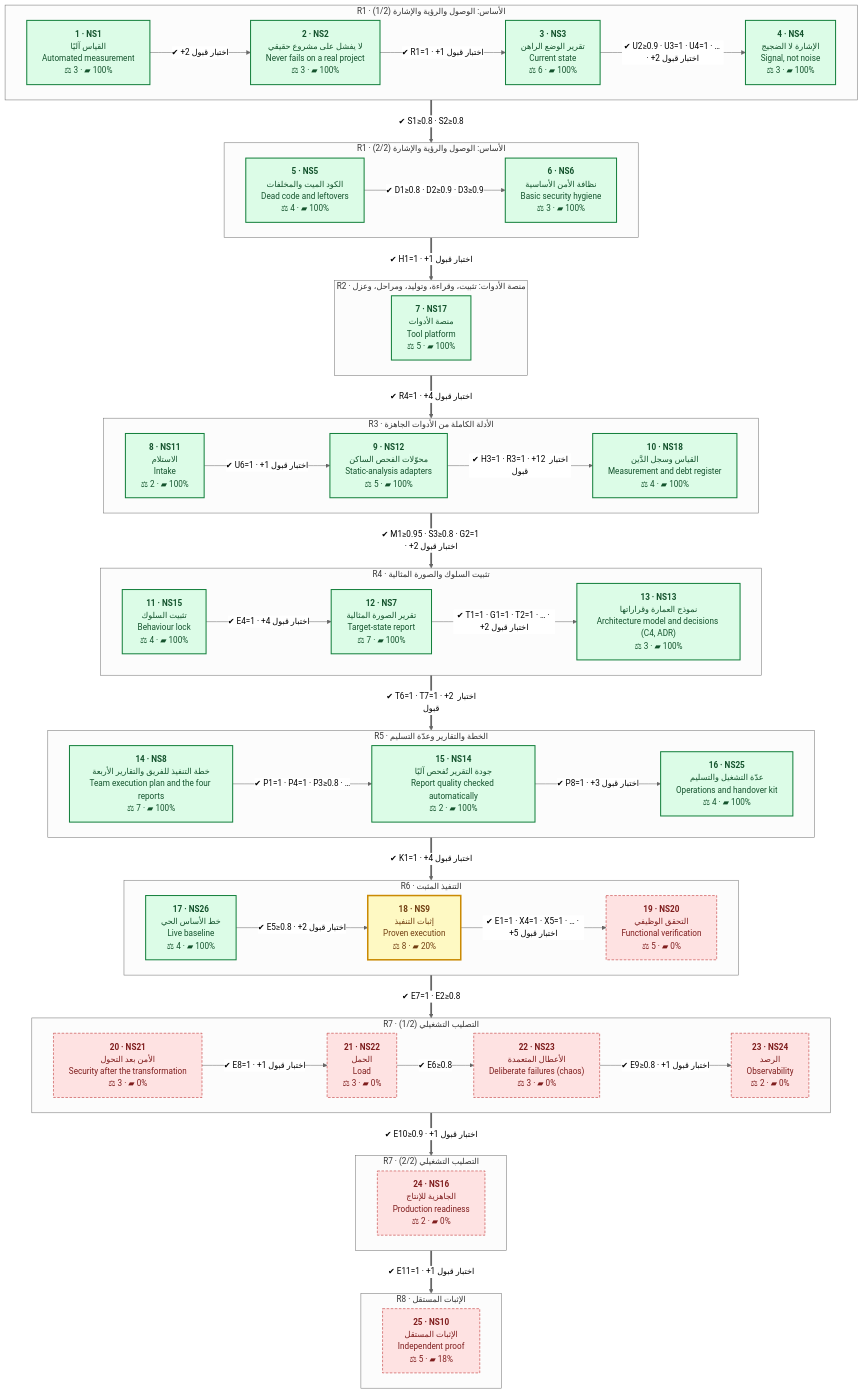
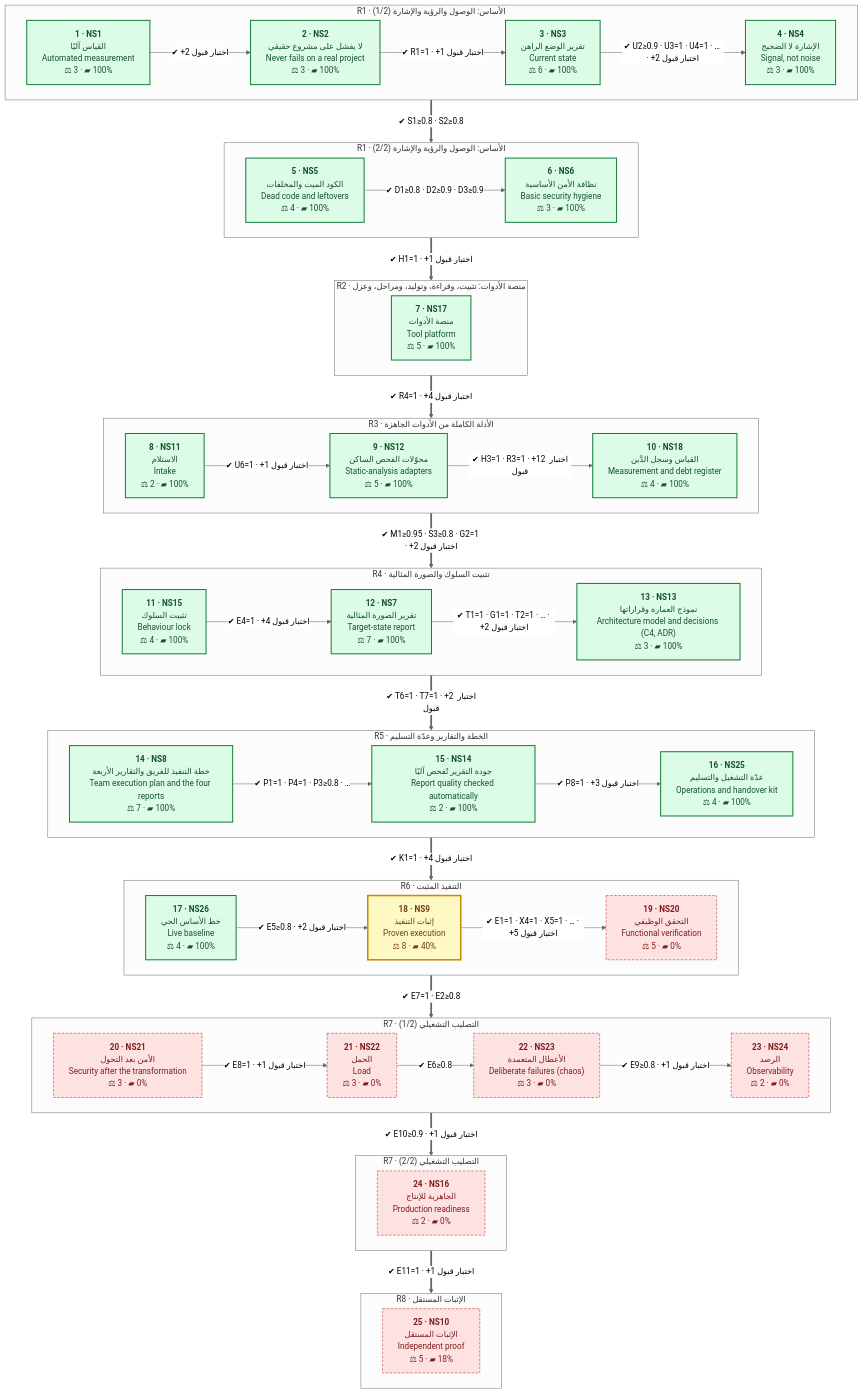
One commit to eom1417/engineering-audit-os changed the second of 2 diagrams in README.md. Above: the diagram before and after it, drawn with Mermaid (neutral theme). The commit also changed other lines of this file and 10 other files, not shown here.

```diff
--- a/README.md
+++ b/README.md
@@ -293,7 +293,7 @@
     subgraph R6_1["R6 · التنفيذ المثبت"]
         direction LR
         NS26["<b>17 · NS26</b><br/>خط الأساس الحي<br/>Live baseline<br/>⚖ 4 · ▰ 100%"]:::done
-        NS9["<b>18 · NS9</b><br/>إثبات التنفيذ<br/>Proven execution<br/>⚖ 8 · ▰ 20%"]:::current
+        NS9["<b>18 · NS9</b><br/>إثبات التنفيذ<br/>Proven execution<br/>⚖ 8 · ▰ 40%"]:::current
         NS20["<b>19 · NS20</b><br/>التحقق الوظيفي<br/>Functional verification<br/>⚖ 5 · ▰ 0%"]:::owner
         NS26 -->|"✔ E5≥0.8 · +2 اختبار قبول"| NS9
         NS9 -->|"✔ E1=1 · X4=1 · X5=1 · … · +5 اختبار قبول"| NS20
```
